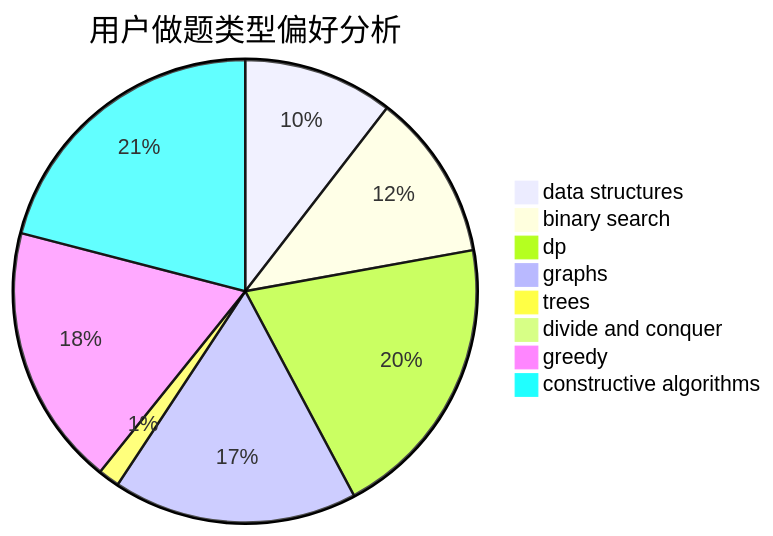
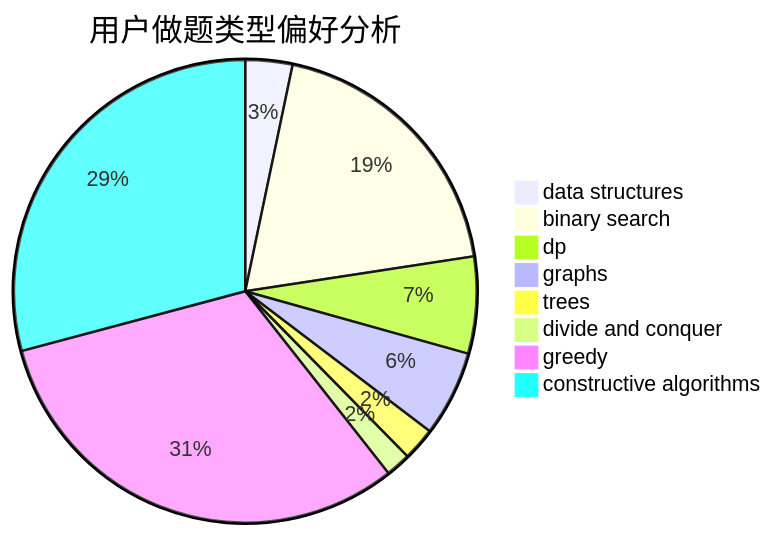
The second of 3 diagrams in docs/user/u1148.md (sherpahu/cfrs.github.io), drawn with Mermaid before and after one commit. The commit also changed other lines of this file and 2770 other files, not shown here.

````diff
--- a/docs/user/u1148.md
+++ b/docs/user/u1148.md
@@ -23,11 +23,11 @@
 ```mermaid
 pie title 用户做题类型偏好分析
-    "data structures" :  35
-    "binary search" :  39
-    "dp" :  67
-    "graphs" :  57
-    "trees" :  5
-    "divide and conquer" :  0
-    "greedy" :  61
-    "constructive algorithms" :  70
+    "data structures" :  17
+    "binary search" :  100
+    "dp" :  35
+    "graphs" :  31
+    "trees" :  12
+    "divide and conquer" :  9
+    "greedy" :  163
+    "constructive algorithms" :  151
 ```
````
